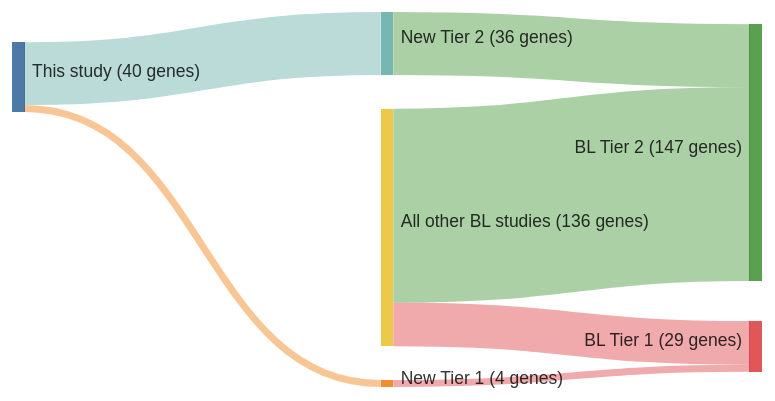
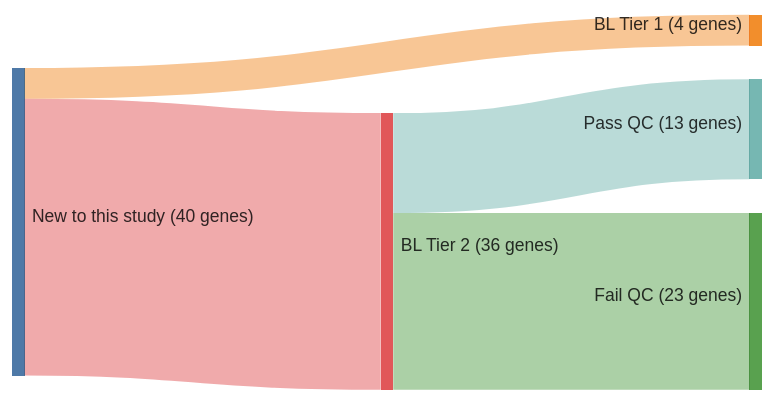
Before and after one commit to morinlab/lymphopedia: the diagram in papers/paneaWholeGenomeLandscape2019.md, drawn with Mermaid. The commit also changed 3 other files, not shown here.

````diff
--- a/papers/paneaWholeGenomeLandscape2019.md
+++ b/papers/paneaWholeGenomeLandscape2019.md
@@ -12,20 +12,18 @@
 ```mermaid
 ---
 config:
     sankey:
         showValues: true
         linkColor: target
         width: 600
         height: 300
         nodeAlignment: right
         prefix: '('
         suffix: ' genes)'
 ---
 sankey-beta
-This study, New Tier 1, 4
-New Tier 1, BL Tier 1, 4
-This study, New Tier 2, 36
-New Tier 2, BL Tier 2, 36
-All other BL studies, BL Tier 1, 25
-All other BL studies, BL Tier 2, 111
+New to this study, BL Tier 1, 4
+New to this study, BL Tier 2, 36
+BL Tier 2, Pass QC, 13
+BL Tier 2, Fail QC, 23
 ```
````
